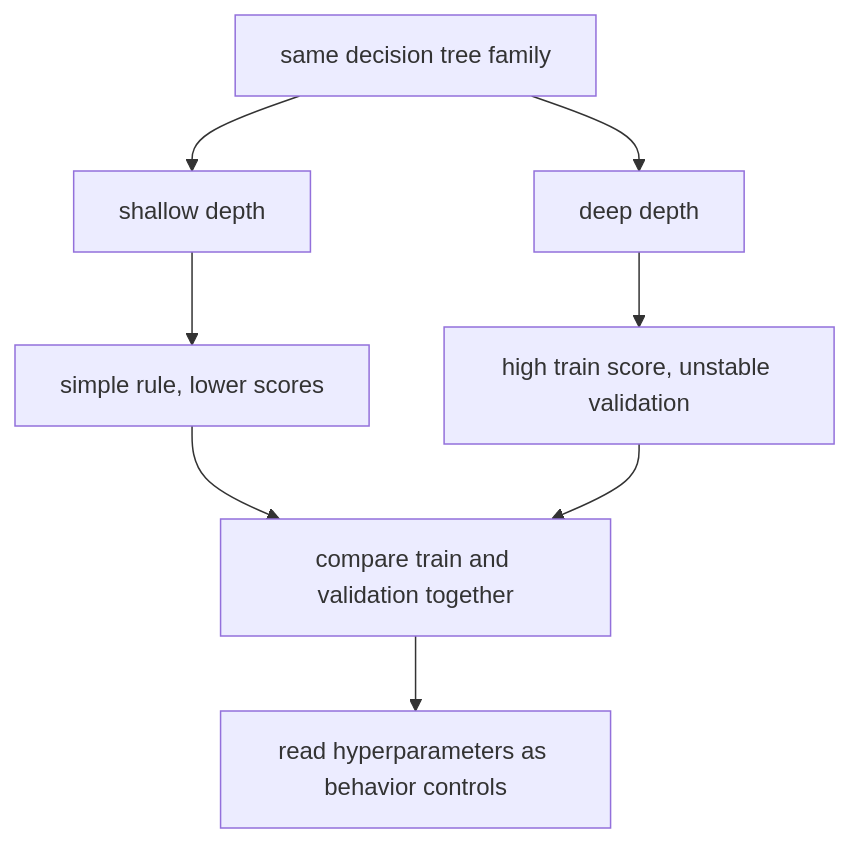
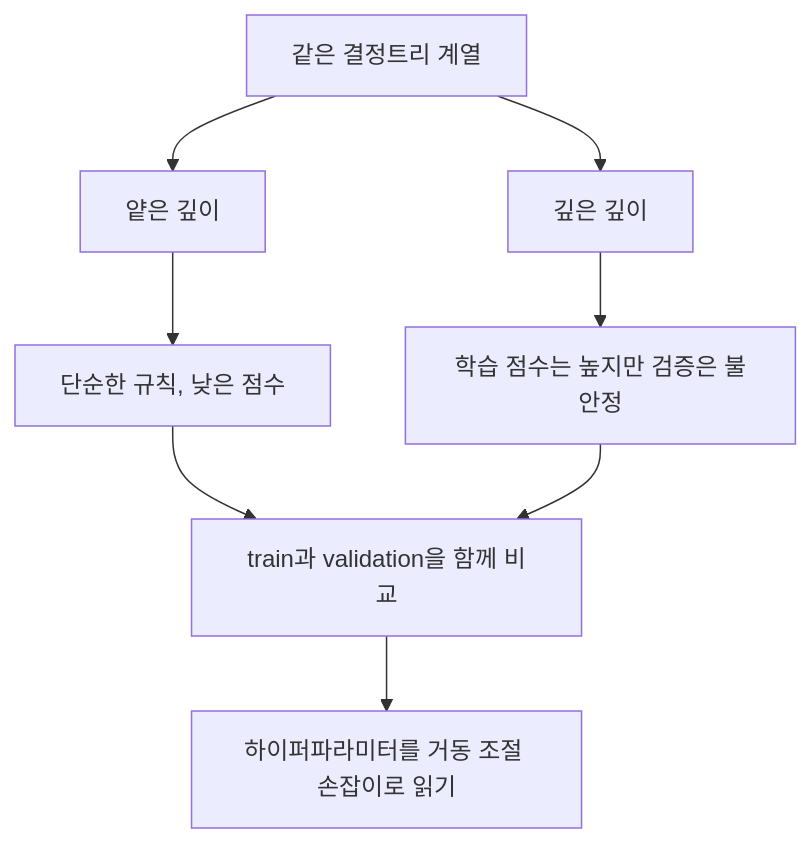
One commit to devchan64/AiBook changed the second of 2 diagrams in docs/parts/part-04/chapter-09/section-01.md. Above: the diagram before and after it, drawn with Mermaid. The commit also changed other lines of this file and 138 other files, not shown here.

````diff
--- a/docs/parts/part-04/chapter-09/section-01.md
+++ b/docs/parts/part-04/chapter-09/section-01.md
@@ -221,13 +221,13 @@
 ```mermaid
 flowchart TD
-  A["same decision tree family"]
-  B["shallow depth"]
-  C["deep depth"]
-  D["simple rule, lower scores"]
-  E["high train score, unstable validation"]
-  F["compare train and validation together"]
-  G["read hyperparameters as behavior controls"]
+  A["같은 결정트리 계열"]
+  B["얕은 깊이"]
+  C["깊은 깊이"]
+  D["단순한 규칙, 낮은 점수"]
+  E["학습 점수는 높지만 검증은 불안정"]
+  F["train과 validation을 함께 비교"]
+  G["하이퍼파라미터를 거동 조절 손잡이로 읽기"]
 
   A --> B --> D --> F
   A --> C --> E --> F --> G
 ```
````
